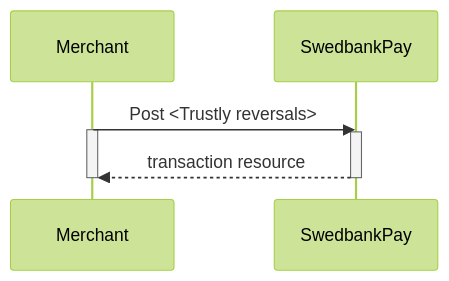
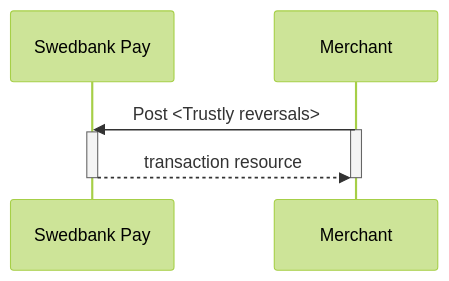
The diagram in payments/trustly/after-payment.md (SwedbankPay/developer.swedbankpay.com), drawn with Mermaid (forest theme) before and after one commit. The commit also changed other lines of this file and 4 other files, not shown here.

Commit message:
removed capture, invoice. Corrected seq diagram

````diff
--- a/payments/trustly/after-payment.md
+++ b/payments/trustly/after-payment.md
@@ -106,9 +106,12 @@
 ```mermaid
 sequenceDiagram
+    participant SwedbankPay as Swedbank Pay
+    participant Merchant
+
     Merchant->>SwedbankPay: Post <Trustly reversals>
     activate Merchant
     activate SwedbankPay
     SwedbankPay-->>Merchant: transaction resource
     deactivate Merchant
     deactivate SwedbankPay
 ```
````
